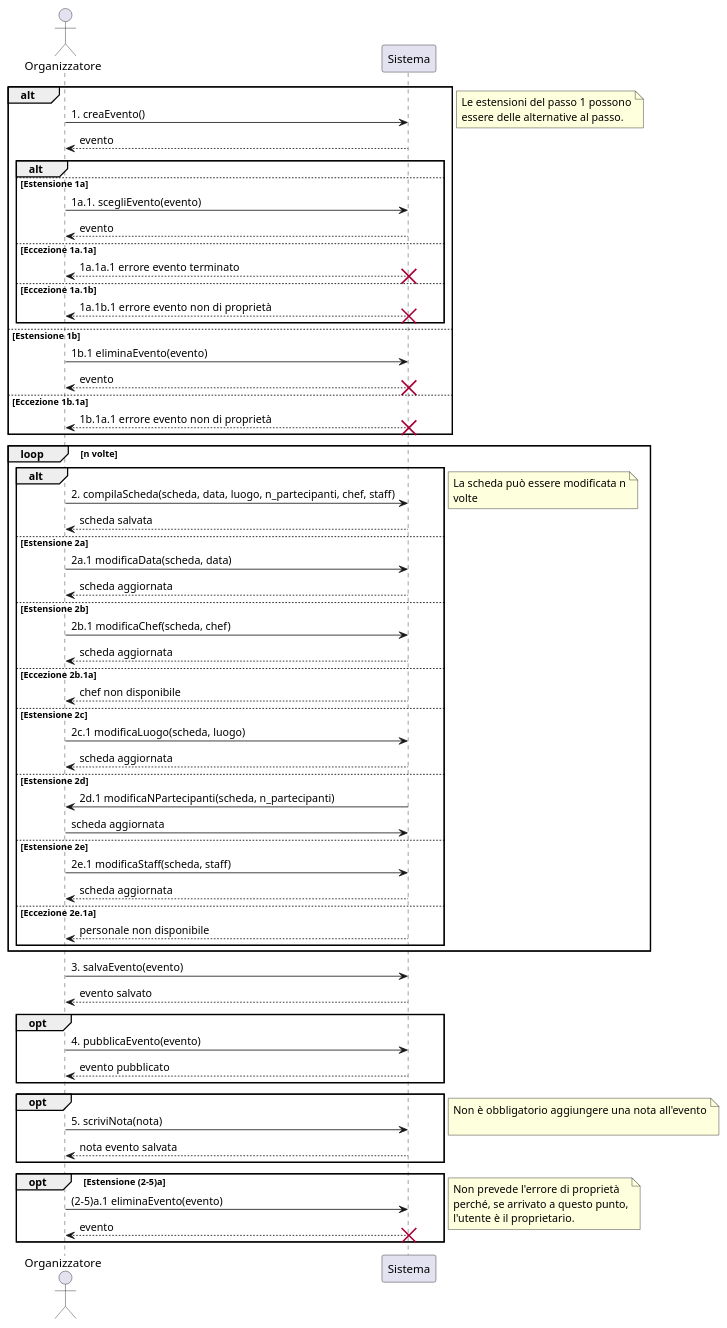
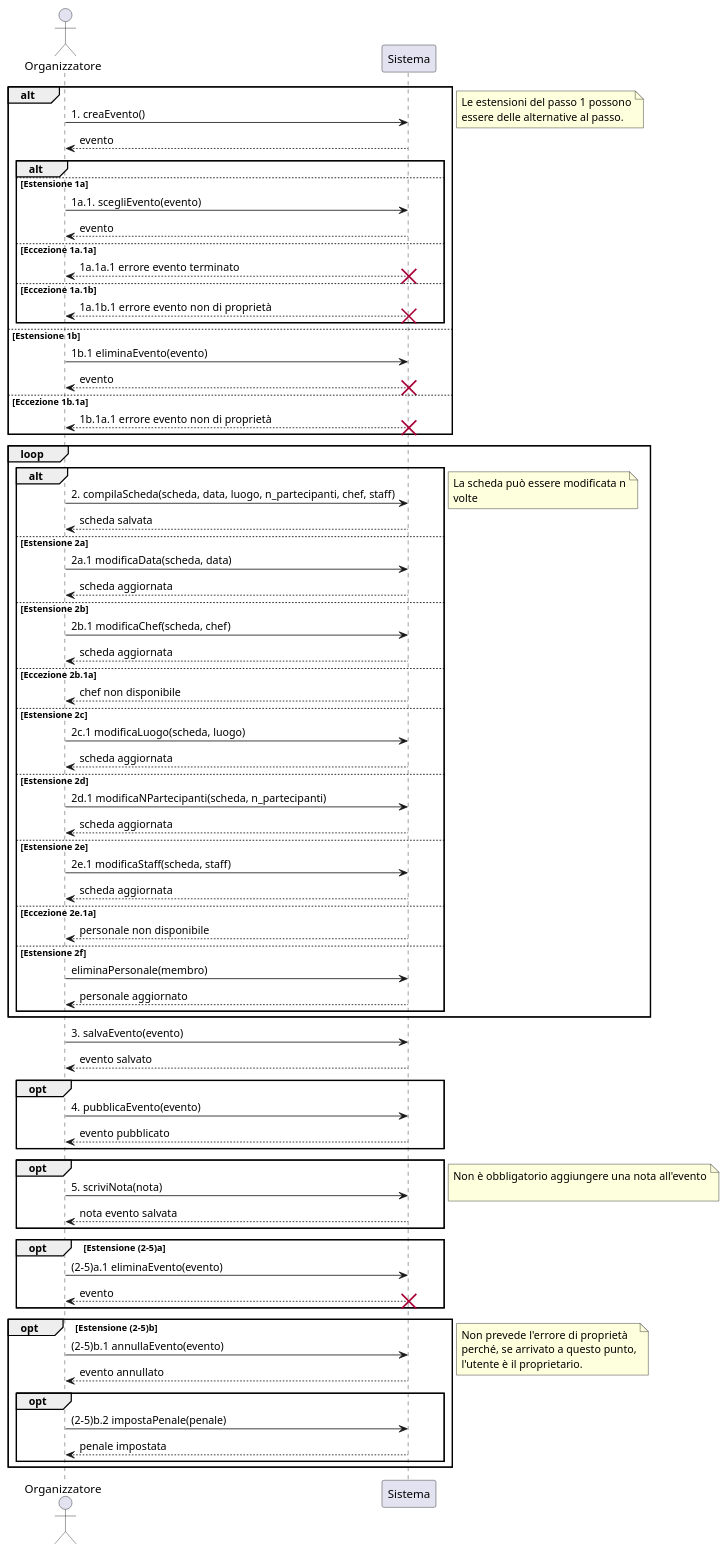
Before and after one commit to m0canu1/sas: the diagram in ssd/ssd-gestire-eventi.md, drawn with PlantUML. The commit also changed 2 other files, not shown here.

Commit message:
ssd rinnovati, contratto eventi corretto

````diff
--- a/ssd/ssd-gestire-eventi.md
+++ b/ssd/ssd-gestire-eventi.md
@@ -27,53 +27,64 @@
 
 end
 note right: Le estensioni del passo 1 possono\nessere delle alternative al passo.
-loop n volte
-        alt
-	    Organizzatore -> Sistema : 2. compilaScheda(scheda, data, luogo, n_partecipanti, chef, staff)
-		Sistema --> Organizzatore : scheda salvata
-        else Estensione 2a
-			Organizzatore -> Sistema : 2a.1 modificaData(scheda, data)
-			Sistema --> Organizzatore : scheda aggiornata
-		else Estensione 2b 
-            Organizzatore -> Sistema : 2b.1 modificaChef(scheda, chef)
-            Sistema --> Organizzatore : scheda aggiornata
-		else Eccezione 2b.1a 
-			Sistema --> Organizzatore : chef non disponibile
-        else Estensione 2c
-            Organizzatore -> Sistema : 2c.1 modificaLuogo(scheda, luogo)
-            Sistema --> Organizzatore: scheda aggiornata
-        else Estensione 2d
-            Sistema -> Organizzatore : 2d.1 modificaNPartecipanti(scheda, n_partecipanti)
-            Organizzatore -> Sistema : scheda aggiornata
-        else Estensione 2e
-            Organizzatore -> Sistema : 2e.1 modificaStaff(scheda, staff)
-            Sistema --> Organizzatore : scheda aggiornata
-	    else Eccezione 2e.1a
-			Sistema --> Organizzatore : personale non disponibile
+    loop 
+            alt
+    	    Organizzatore -> Sistema : 2. compilaScheda(scheda, data, luogo, n_partecipanti, chef, staff)
+    		Sistema --> Organizzatore : scheda salvata
+            else Estensione 2a
+    			Organizzatore -> Sistema : 2a.1 modificaData(scheda, data)
+    			Sistema --> Organizzatore : scheda aggiornata
+    		else Estensione 2b 
+                Organizzatore -> Sistema : 2b.1 modificaChef(scheda, chef)
+                Sistema --> Organizzatore : scheda aggiornata
+    		else Eccezione 2b.1a 
+    			Sistema --> Organizzatore : chef non disponibile
+            else Estensione 2c
+                Organizzatore -> Sistema : 2c.1 modificaLuogo(scheda, luogo)
+                Sistema --> Organizzatore: scheda aggiornata
+            else Estensione 2d
+                Organizzatore -> Sistema : 2d.1 modificaNPartecipanti(scheda, n_partecipanti)
+                Sistema --> Organizzatore : scheda aggiornata
+            else Estensione 2e
+                Organizzatore -> Sistema : 2e.1 modificaStaff(scheda, staff)
+                Sistema --> Organizzatore : scheda aggiornata
+    	    else Eccezione 2e.1a
+    			Sistema --> Organizzatore : personale non disponibile
+            else Estensione 2f
+                Organizzatore -> Sistema : eliminaPersonale(membro)
+                Sistema --> Organizzatore : personale aggiornato
+            end
+                
+    		note right: La scheda può essere modificata n\nvolte
+    
+    end
+    
+    Organizzatore -> Sistema : 3. salvaEvento(evento)
+    Sistema --> Organizzatore: evento salvato
+    
+    opt
+    Organizzatore -> Sistema : 4. pubblicaEvento(evento)
+    Sistema --> Organizzatore: evento pubblicato
+    end
+    
+    opt
+    	Organizzatore -> Sistema : 5. scriviNota(nota)
+    	Sistema --> Organizzatore : nota evento salvata
+    end
+    note right: Non è obbligatorio aggiungere una nota all'evento\n
+    
+opt Estensione (2-5)a
+    	Organizzatore -> Sistema : (2-5)a.1 eliminaEvento(evento)
+    	Sistema --> Organizzatore : evento
+    	destroy Sistema
+end
+opt  Estensione (2-5)b
+    	Organizzatore -> Sistema : (2-5)b.1 annullaEvento(evento)
+    	Sistema --> Organizzatore : evento annullato
+        opt
+            Organizzatore -> Sistema : (2-5)b.2 impostaPenale(penale)
+            Sistema --> Organizzatore : penale impostata
         end
-            
-		note right: La scheda può essere modificata n\nvolte
-
 end
-
-Organizzatore -> Sistema : 3. salvaEvento(evento)
-Sistema --> Organizzatore: evento salvato
-
-opt
-Organizzatore -> Sistema : 4. pubblicaEvento(evento)
-Sistema --> Organizzatore: evento pubblicato
-end
-
-opt
-	Organizzatore -> Sistema : 5. scriviNota(nota)
-	Sistema --> Organizzatore : nota evento salvata
-end
-note right: Non è obbligatorio aggiungere una nota all'evento\n
-
-opt Estensione (2-5)a
-	Organizzatore -> Sistema : (2-5)a.1 eliminaEvento(evento)
-	Sistema --> Organizzatore : evento
-	destroy Sistema
-end
-	note right: Non prevede l'errore di proprietà\nperché, se arrivato a questo punto,\nl'utente è il proprietario.
+note right: Non prevede l'errore di proprietà\nperché, se arrivato a questo punto,\nl'utente è il proprietario.
 ```
````
